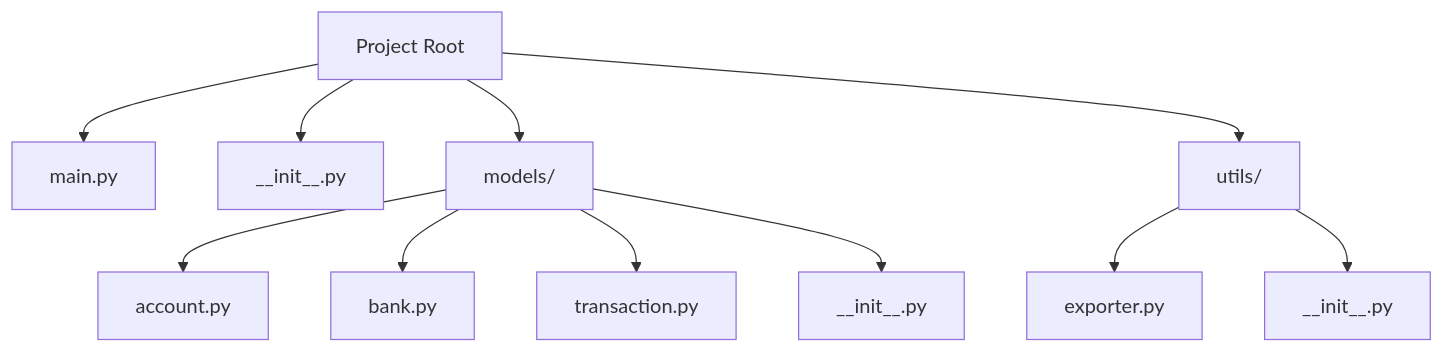
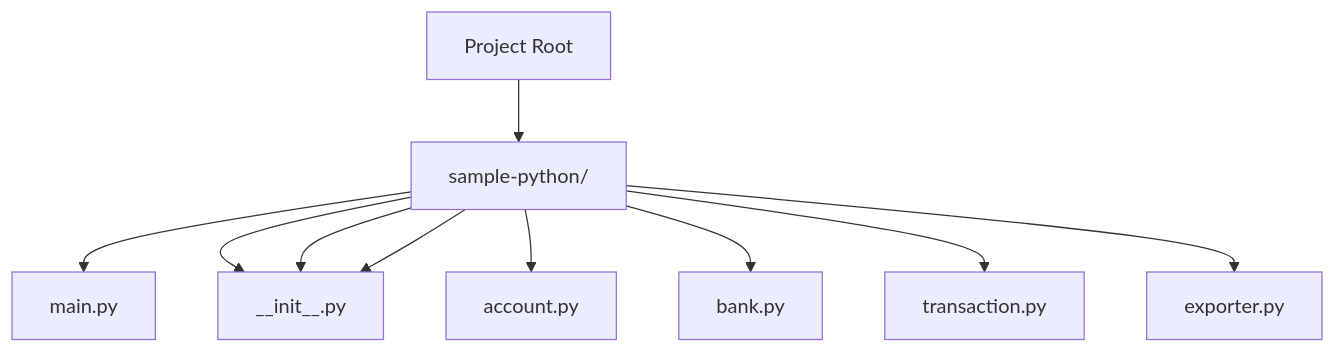
The diagram in backend/output/diagrams/package_structure.mmd (HARINI2806/AI_Code_Assistant), drawn with Mermaid before and after one commit. The commit also changed 7 other files, not shown here.

```diff
--- a/backend/output/diagrams/package_structure.mmd
+++ b/backend/output/diagrams/package_structure.mmd
@@ -1,12 +1,11 @@
 graph TD
     Root[Project Root]
-    Root --> main[main.py]
-    Root --> __init__[__init__.py]
-    Root --> PKG_models[models/]
-    PKG_models --> models_account[account.py]
-    PKG_models --> models_bank[bank.py]
-    PKG_models --> models_transaction[transaction.py]
-    PKG_models --> models___init__[__init__.py]
-    Root --> PKG_utils[utils/]
-    PKG_utils --> utils_exporter[exporter.py]
-    PKG_utils --> utils___init__[__init__.py]
+    Root --> PKG_sample-python[sample-python/]
+    PKG_sample-python --> sample-python_main[main.py]
+    PKG_sample-python --> sample-python___init__[__init__.py]
+    PKG_sample-python --> sample-python_account[account.py]
+    PKG_sample-python --> sample-python_bank[bank.py]
+    PKG_sample-python --> sample-python_transaction[transaction.py]
+    PKG_sample-python --> sample-python___init__[__init__.py]
+    PKG_sample-python --> sample-python_exporter[exporter.py]
+    PKG_sample-python --> sample-python___init__[__init__.py]
```
